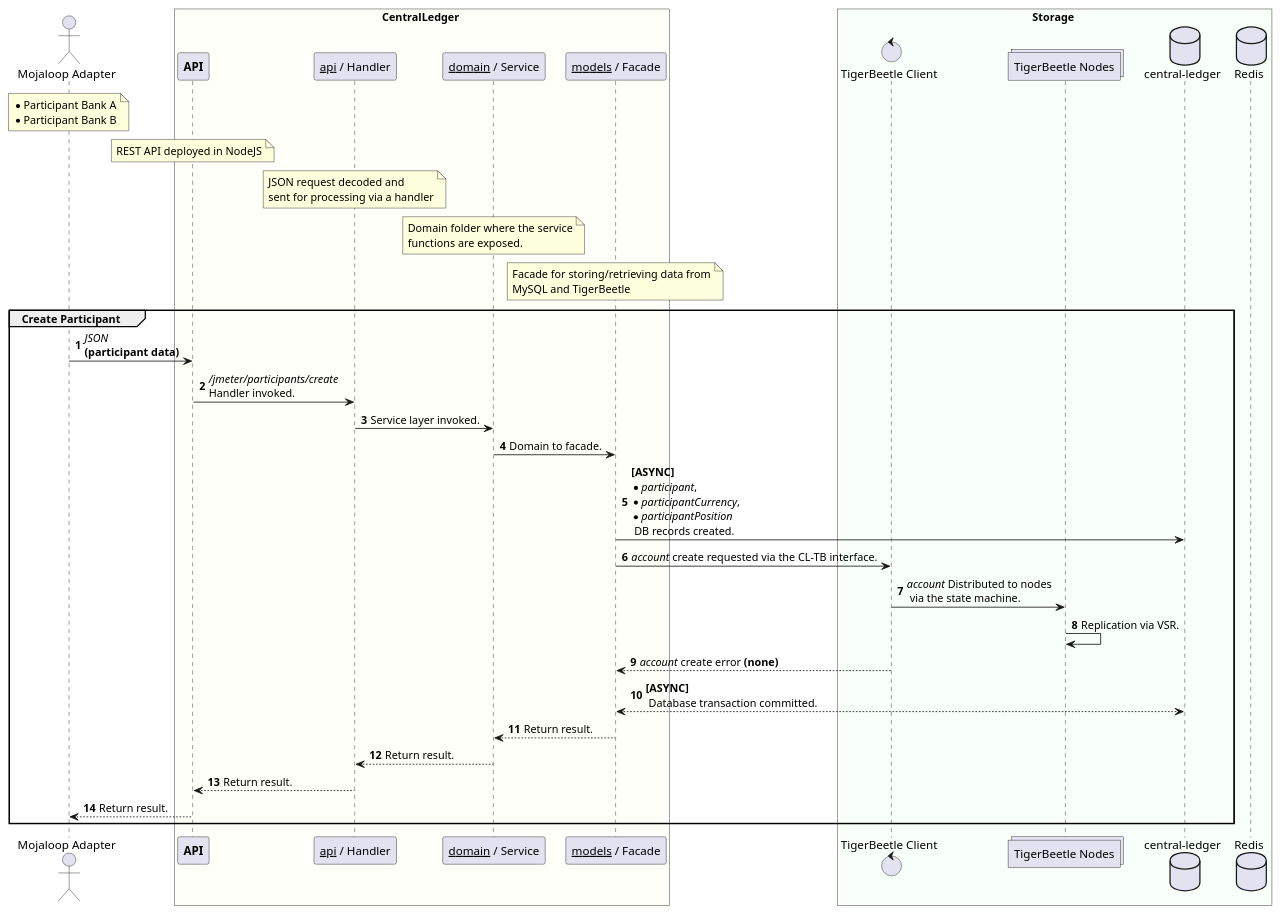
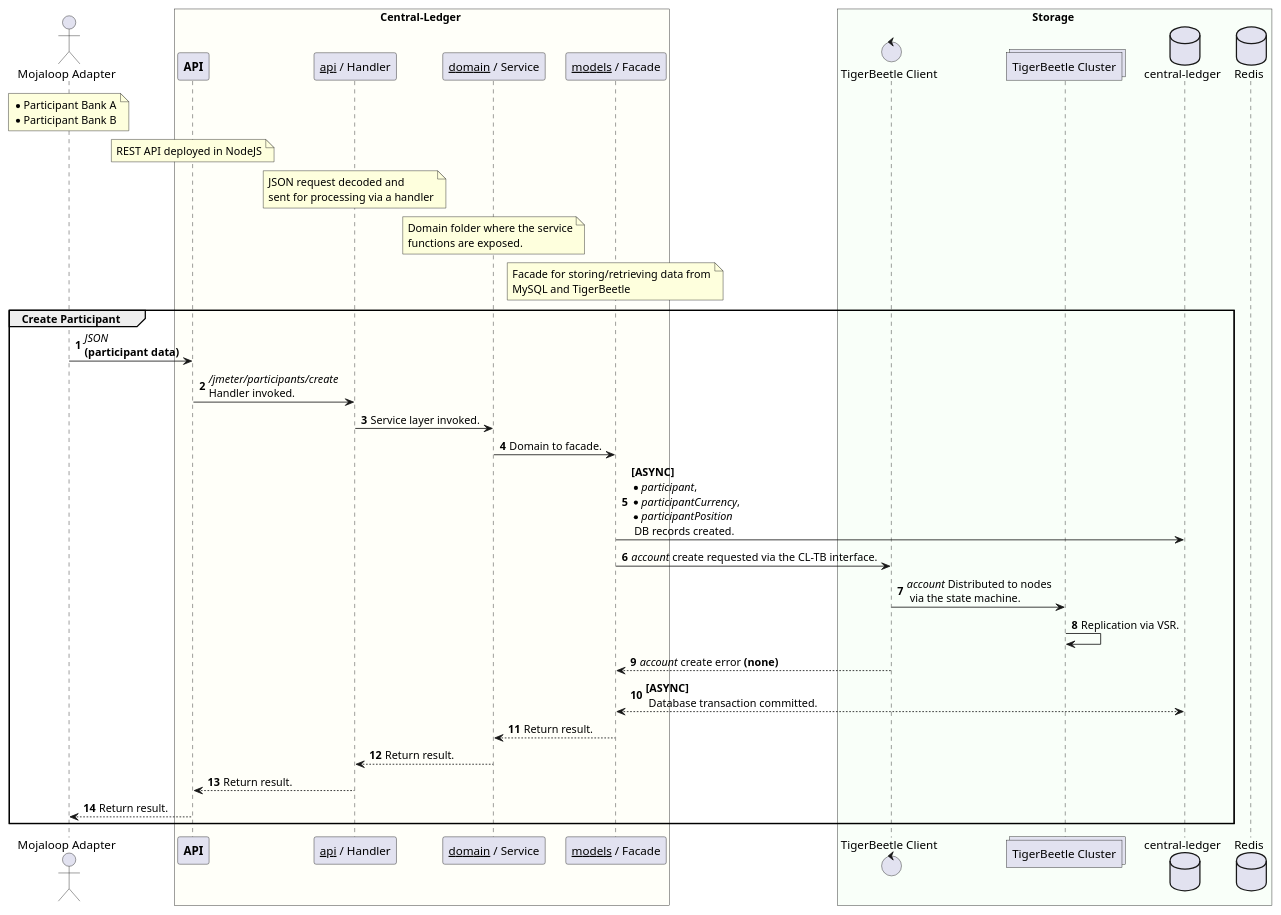
The diagram in solution_design/sequence-participant-tb-enabled-create.puml (coilhq/mucoa), drawn with PlantUML before and after one commit. The commit also changed 10 other files, not shown here.

Commit message:
Update diagrams for TB/CL interface.

```diff
--- a/solution_design/sequence-participant-tb-enabled-create.puml
+++ b/solution_design/sequence-participant-tb-enabled-create.puml
@@ -1,60 +1,60 @@
 @startuml
 
 actor "Mojaloop Adapter" as dfsp
 note over dfsp
     * Participant Bank A
     * Participant Bank B
 end note
 
-box CentralLedger #FFFFF9
+box Central-Ledger #FFFFF9
     participant "**API**" as cl_api
     participant "__api__ / Handler" as cl_handler
     participant "__domain__ / Service" as cl_domain
     participant "__models__ / Facade" as cl_facade
 
     note over cl_api
         REST API deployed in NodeJS
     end note
 
     note over cl_handler
         JSON request decoded and
         sent for processing via a handler
     end note
 
     note over cl_domain
         Domain folder where the service
         functions are exposed.
     end note
 
     note over cl_facade
         Facade for storing/retrieving data from
         MySQL and TigerBeetle
     end note
 end box
 
 box Storage #F9FFF9
 	control "TigerBeetle Client" as tb_client
-	collections "TigerBeetle Nodes" as tb_nodes
+	collections "TigerBeetle Cluster" as tb_nodes
 	database "central-ledger" as cl_db
 	database "Redis" as redis_cache
 end box
 
 autonumber
 group Create Participant
     dfsp -> cl_api : //JSON// \n**(participant data)**
     cl_api -> cl_handler : ///jmeter/participants/create// \nHandler invoked.
     cl_handler -> cl_domain : Service layer invoked.
     cl_domain -> cl_facade : Domain to facade.
     cl_facade -> cl_db : **[ASYNC]**\n*//participant//, \n*//participantCurrency//, \n*//participantPosition// \n DB records created.
     cl_facade -> tb_client : //account// create requested via the CL-TB interface.
     tb_client -> tb_nodes : //account// Distributed to nodes\n via the state machine.
     tb_nodes -> tb_nodes : Replication via VSR.
     tb_client --> cl_facade : //account// create error **(none)**
     cl_db <--> cl_facade : **[ASYNC]**\n Database transaction committed.
     cl_facade --> cl_domain : Return result.
     cl_domain --> cl_handler : Return result.
     cl_handler --> cl_api : Return result.
     cl_api --> dfsp : Return result.
 end
 
 @enduml
```
